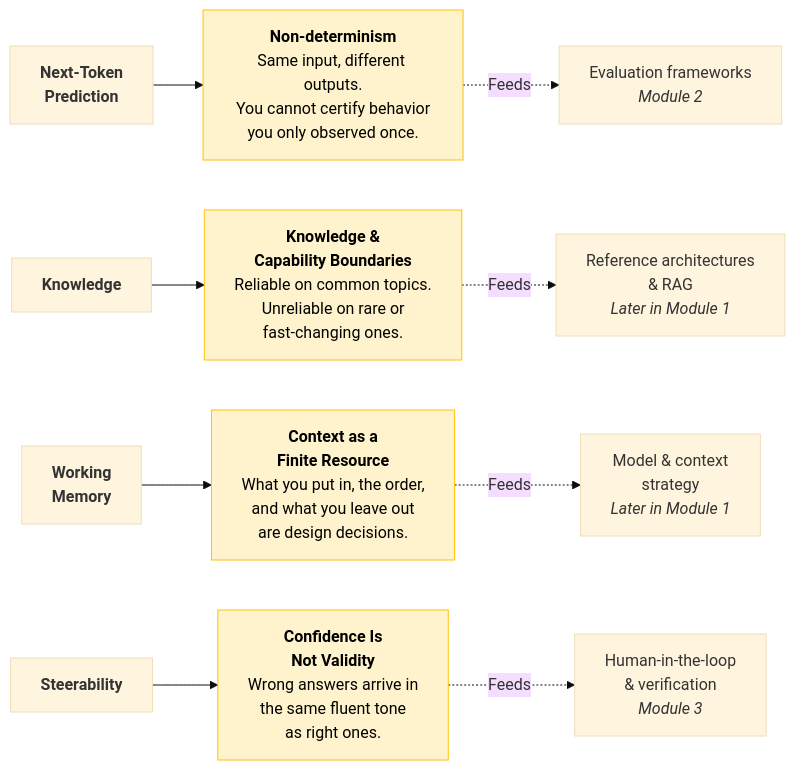
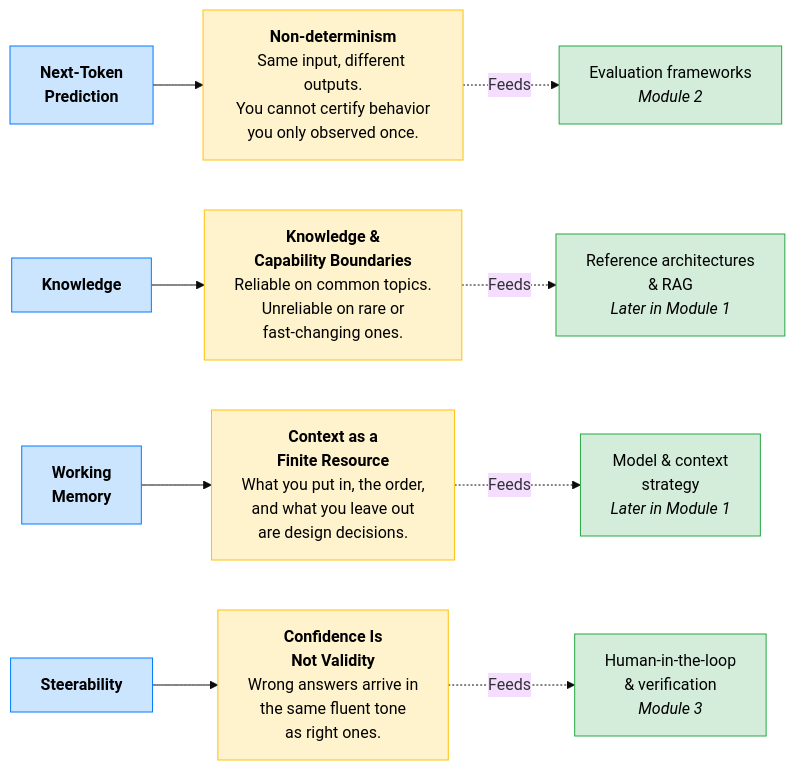
One commit to shreyabaid007/Claude-Certified-Architect changed the sixth of 7 diagrams in Professional/01-Claude-Platform-and-Solution-Design/01-How-Claude-Behaves.md. Above: the diagram before and after it, drawn with Mermaid (base theme). The commit also changed other lines of this file and 1 other file, not shown here.

First line of the commit message:
Add color-coded mermaid diagrams for key concepts

````diff
--- a/Professional/01-Claude-Platform-and-Solution-Design/01-How-Claude-Behaves.md
+++ b/Professional/01-Claude-Platform-and-Solution-Design/01-How-Claude-Behaves.md
@@ -143,27 +100,26 @@
 ```mermaid
 flowchart LR
-    P1["<b>Next-Token<br/>Prediction</b>"]
-    P2["<b>Knowledge</b>"]
-    P3["<b>Working<br/>Memory</b>"]
-    P4["<b>Steerability</b>"]
+    classDef blue fill:#cce5ff,stroke:#007bff,color:#000
+    classDef yellow fill:#fff3cd,stroke:#ffc107,color:#000
+    classDef green fill:#d4edda,stroke:#28a745,color:#000
 
-    D1["<b>Non-determinism</b><br/>Same input, different outputs.<br/>You cannot certify behavior<br/>you only observed once."]
-    D2["<b>Knowledge &<br/>Capability Boundaries</b><br/>Reliable on common topics.<br/>Unreliable on rare or<br/>fast-changing ones."]
-    D3["<b>Context as a<br/>Finite Resource</b><br/>What you put in, the order,<br/>and what you leave out<br/>are design decisions."]
-    D4["<b>Confidence Is<br/>Not Validity</b><br/>Wrong answers arrive in<br/>the same fluent tone<br/>as right ones."]
+    P1["<b>Next-Token<br/>Prediction</b>"]:::blue
+    P2["<b>Knowledge</b>"]:::blue
+    P3["<b>Working<br/>Memory</b>"]:::blue
+    P4["<b>Steerability</b>"]:::blue
+
+    D1["<b>Non-determinism</b><br/>Same input, different outputs.<br/>You cannot certify behavior<br/>you only observed once."]:::yellow
+    D2["<b>Knowledge &<br/>Capability Boundaries</b><br/>Reliable on common topics.<br/>Unreliable on rare or<br/>fast-changing ones."]:::yellow
+    D3["<b>Context as a<br/>Finite Resource</b><br/>What you put in, the order,<br/>and what you leave out<br/>are design decisions."]:::yellow
+    D4["<b>Confidence Is<br/>Not Validity</b><br/>Wrong answers arrive in<br/>the same fluent tone<br/>as right ones."]:::yellow
 
     P1 --> D1
     P2 --> D2
     P3 --> D3
     P4 --> D4
 
-    D1 -. "Feeds" .-> E1["Evaluation frameworks<br/><i>Module 2</i>"]
-    D2 -. "Feeds" .-> E2["Reference architectures<br/>& RAG<br/><i>Later in Module 1</i>"]
-    D3 -. "Feeds" .-> E3["Model & context<br/>strategy<br/><i>Later in Module 1</i>"]
-    D4 -. "Feeds" .-> E4["Human-in-the-loop<br/>& verification<br/><i>Module 3</i>"]
-
-    style D1 fill:#fff3cd,stroke:#ffc107,color:#000
-    style D2 fill:#fff3cd,stroke:#ffc107,color:#000
-    style D3 fill:#fff3cd,stroke:#ffc107,color:#000
-    style D4 fill:#fff3cd,stroke:#ffc107,color:#000
+    D1 -. "Feeds" .-> E1["Evaluation frameworks<br/><i>Module 2</i>"]:::green
+    D2 -. "Feeds" .-> E2["Reference architectures<br/>& RAG<br/><i>Later in Module 1</i>"]:::green
+    D3 -. "Feeds" .-> E3["Model & context<br/>strategy<br/><i>Later in Module 1</i>"]:::green
+    D4 -. "Feeds" .-> E4["Human-in-the-loop<br/>& verification<br/><i>Module 3</i>"]:::green
 ```
````
